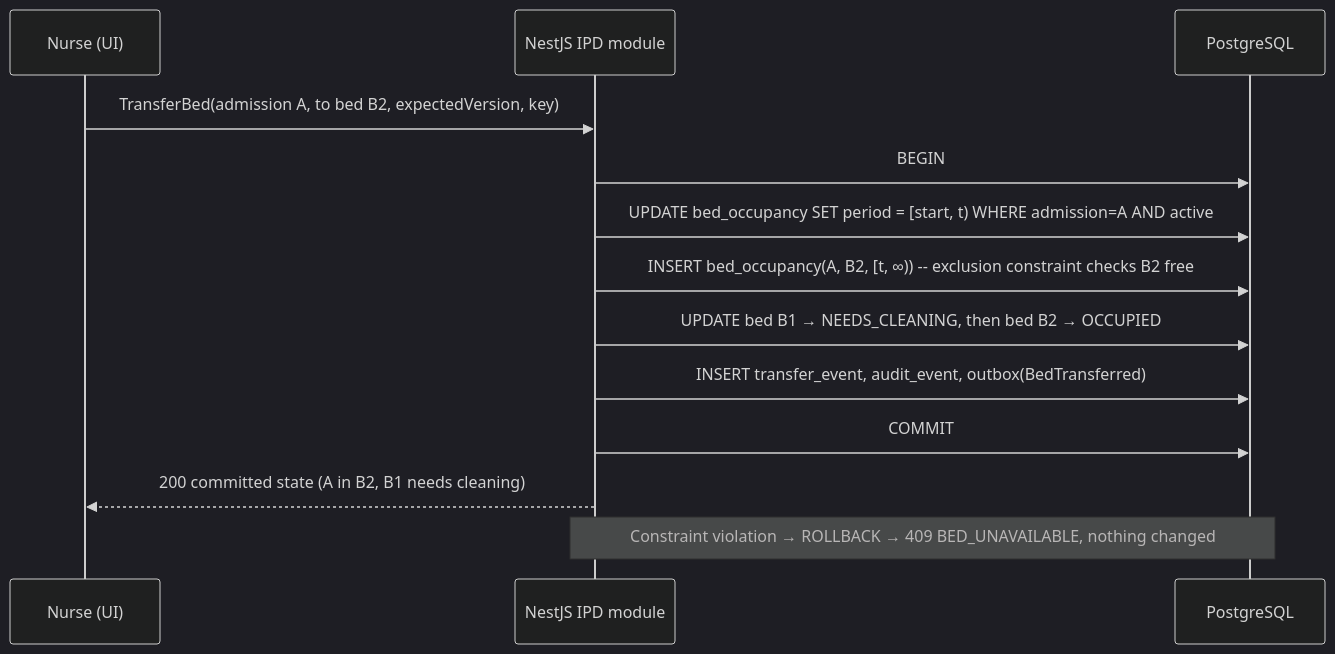
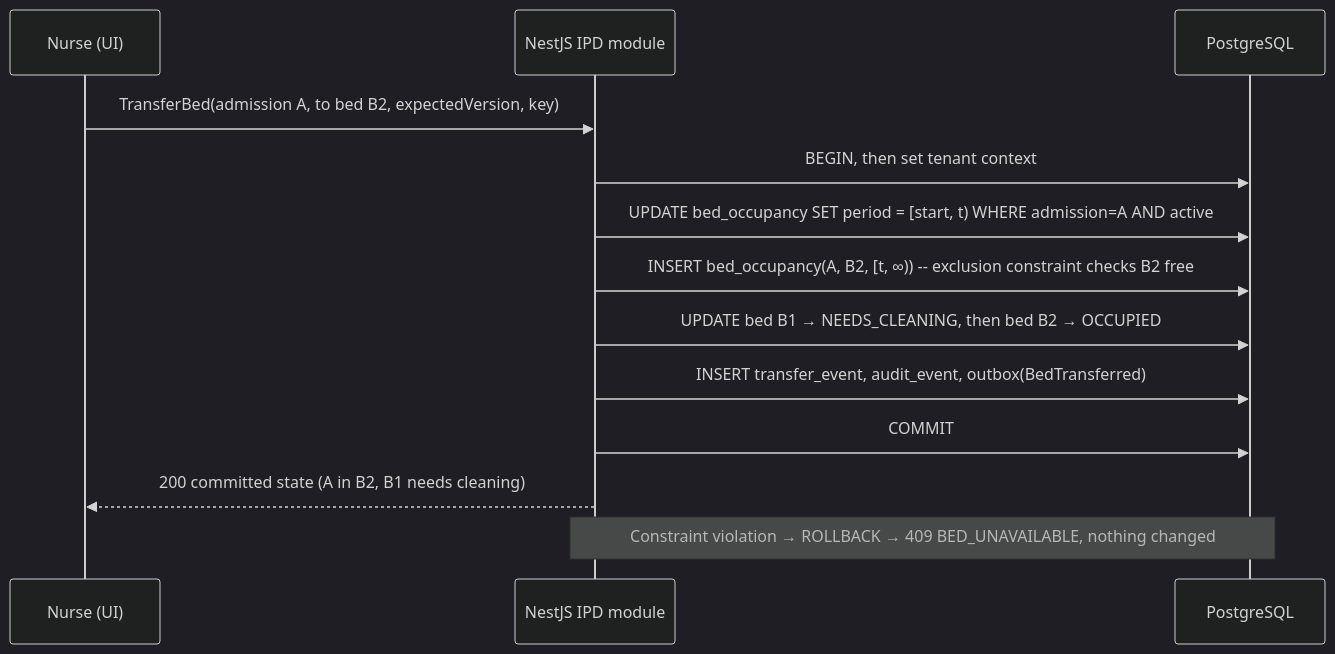
Before and after one commit to NOMAN1802/HMS-SaaS: the diagram in docs/planning/docs/C-srs/C06-ipd-beds-discharge.md, drawn with Mermaid (dark theme). The commit also changed other lines of this file and 77 other files, not shown here.

````diff
--- a/docs/planning/docs/C-srs/C06-ipd-beds-discharge.md
+++ b/docs/planning/docs/C-srs/C06-ipd-beds-discharge.md
@@ -149,15 +149,15 @@
 ```mermaid
 sequenceDiagram
   participant N as Nurse (UI)
   participant API as NestJS IPD module
   participant DB as PostgreSQL
   N->>API: TransferBed(admission A, to bed B2, expectedVersion, key)
-  API->>DB: BEGIN
+  API->>DB: BEGIN, then set tenant context
   API->>DB: UPDATE bed_occupancy SET period = [start, t) WHERE admission=A AND active
   API->>DB: INSERT bed_occupancy(A, B2, [t, ∞))  -- exclusion constraint checks B2 free
   API->>DB: UPDATE bed B1 → NEEDS_CLEANING, then bed B2 → OCCUPIED
   API->>DB: INSERT transfer_event, audit_event, outbox(BedTransferred)
   API->>DB: COMMIT
   API-->>N: 200 committed state (A in B2, B1 needs cleaning)
   Note over API,DB: Constraint violation → ROLLBACK → 409 BED_UNAVAILABLE, nothing changed
 ```
````
